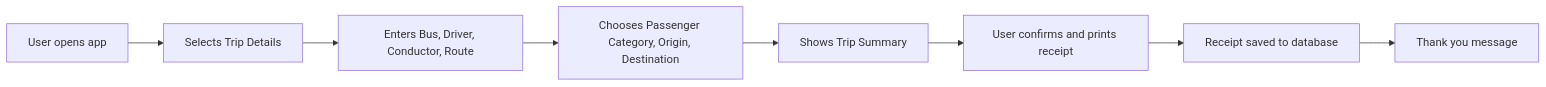
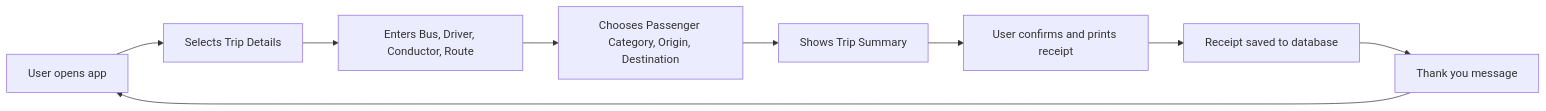
The diagram in README.md (smmariquit/bus-ticketing-app), drawn with Mermaid before and after one commit.

````diff
--- a/README.md
+++ b/README.md
@@ -76,10 +76,11 @@
 ```mermaid
 flowchart LR
     A[User opens app] --> B[Selects Trip Details]
     B --> C[Enters Bus, Driver, Conductor, Route]
     C --> D[Chooses Passenger Category, Origin, Destination]
     D --> E[Shows Trip Summary]
     E --> F[User confirms and prints receipt]
     F --> G[Receipt saved to database]
     G --> H[Thank you message]
+    H --> A
 ```
````
